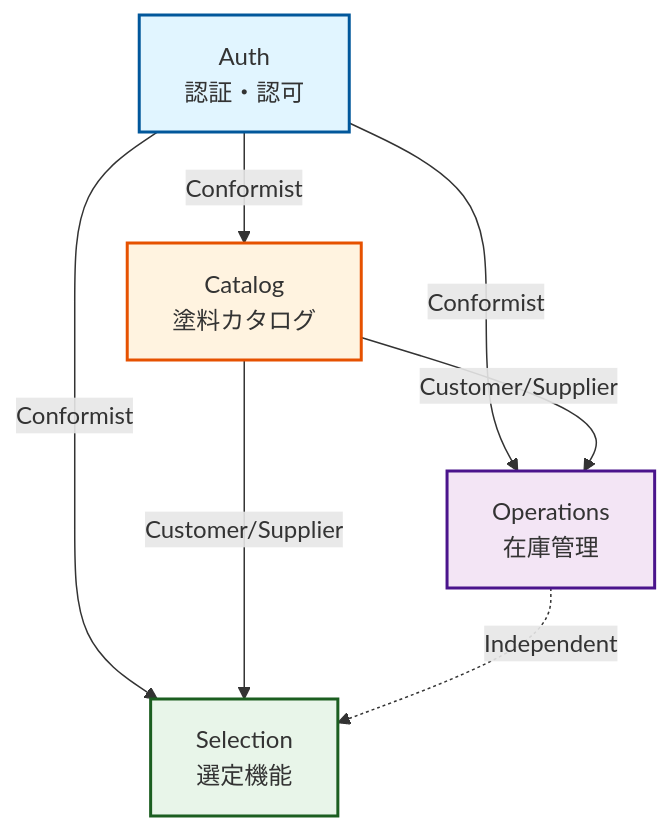
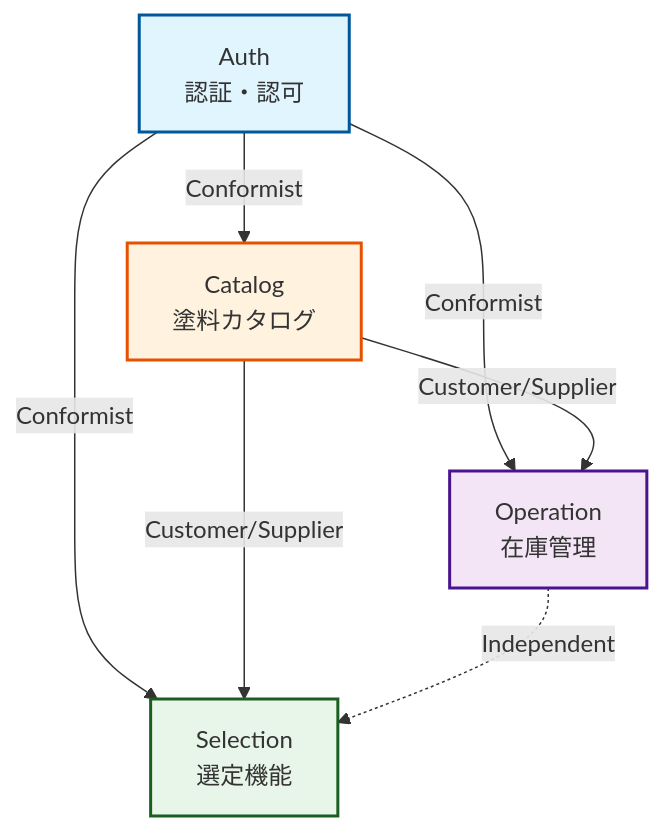
One commit to x29general/PlasticModelApp.Public changed the diagram in docs/10_requirement/01_domain/bounded_contexts.md. Above: the diagram before and after it, drawn with Mermaid. The commit also changed 1 other file, not shown here.

Commit message:
fix: カタログと境界づけられたコンテキストのドキュメント内の表記を修正

````diff
--- a/docs/10_requirement/01_domain/bounded_contexts.md
+++ b/docs/10_requirement/01_domain/bounded_contexts.md
@@ -16,21 +16,21 @@
 ```mermaid
 graph TD
     Auth[Auth<br/>認証・認可]
     Catalog[Catalog<br/>塗料カタログ]
-    Operations[Operations<br/>在庫管理]
+    Operation[Operation<br/>在庫管理]
     Selection[Selection<br/>選定機能]
 
     Auth -->|Conformist| Catalog
-    Auth -->|Conformist| Operations
+    Auth -->|Conformist| Operation
     Auth -->|Conformist| Selection
 
-    Catalog -->|Customer/Supplier| Operations
+    Catalog -->|Customer/Supplier| Operation
     Catalog -->|Customer/Supplier| Selection
 
-    Operations -.->|Independent| Selection
+    Operation -.->|Independent| Selection
 
     style Auth fill:#e1f5ff,stroke:#01579b,stroke-width:2px
     style Catalog fill:#fff3e0,stroke:#e65100,stroke-width:2px
-    style Operations fill:#f3e5f5,stroke:#4a148c,stroke-width:2px
+    style Operation fill:#f3e5f5,stroke:#4a148c,stroke-width:2px
     style Selection fill:#e8f5e9,stroke:#1b5e20,stroke-width:2px
 ```
````
